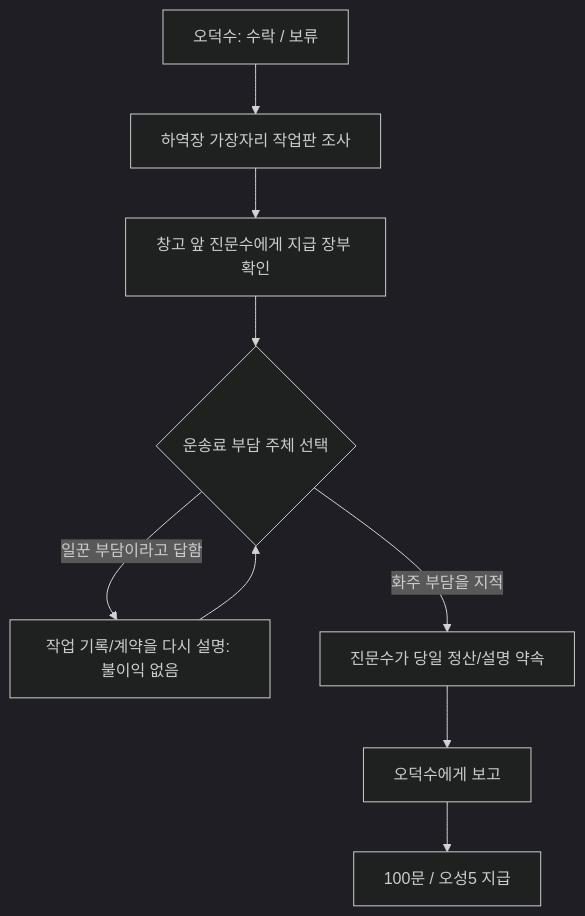
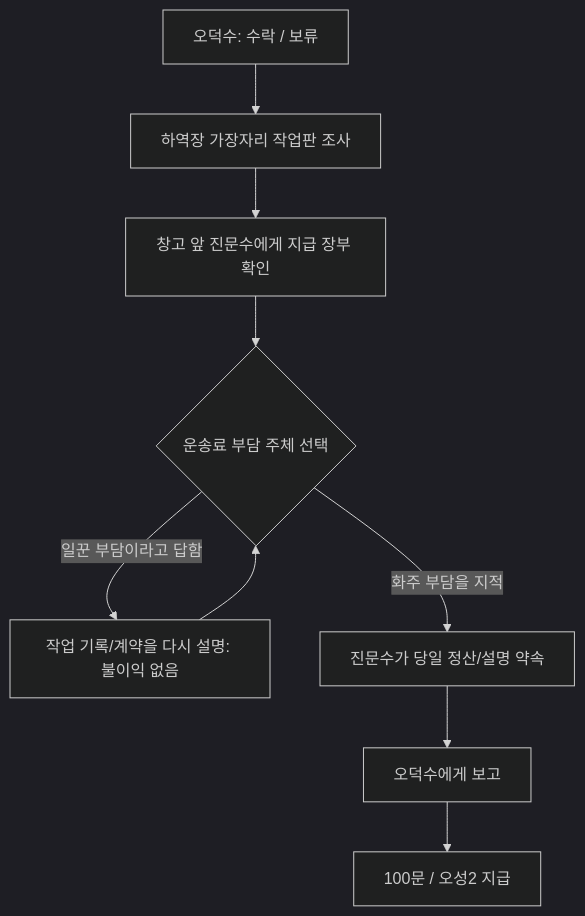
One commit to UTopia0525/- changed the diagram in docs/quests/wuchang-wages.md. Above: the diagram before and after it, drawn with Mermaid (dark theme). The commit also changed other lines of this file and 64 other files, not shown here.

````diff
--- a/docs/quests/wuchang-wages.md
+++ b/docs/quests/wuchang-wages.md
@@ -7,11 +7,11 @@
 ```mermaid
 flowchart TD
  A[오덕수: 수락 / 보류] --> B[하역장 가장자리 작업판 조사]
  B --> C[창고 앞 진문수에게 지급 장부 확인]
  C --> D{운송료 부담 주체 선택}
  D -->|일꾼 부담이라고 답함| E[작업 기록/계약을 다시 설명: 불이익 없음]
  E --> D
  D -->|화주 부담을 지적| F[진문수가 당일 정산/설명 약속]
  F --> G[오덕수에게 보고]
- G --> H[100문 / 오성5 지급]
+ G --> H[100문 / 오성2 지급]
 ```
````
